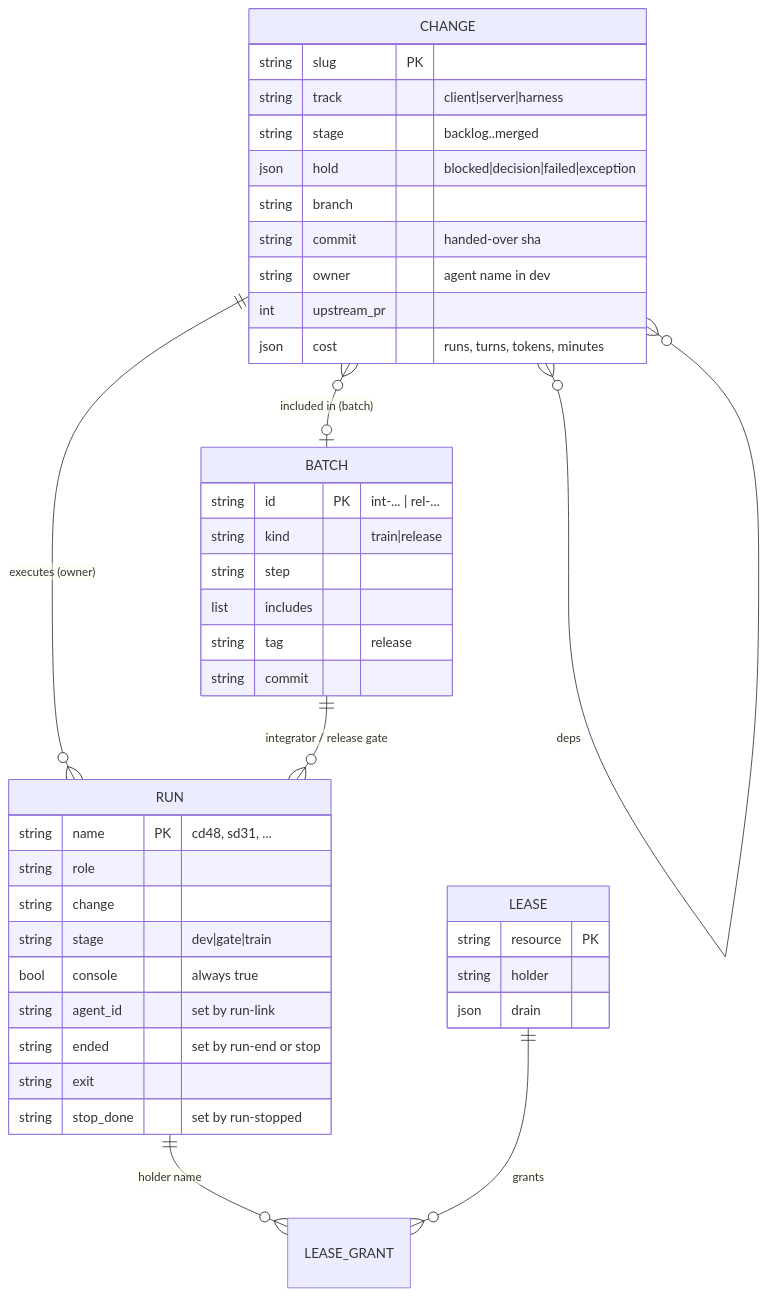
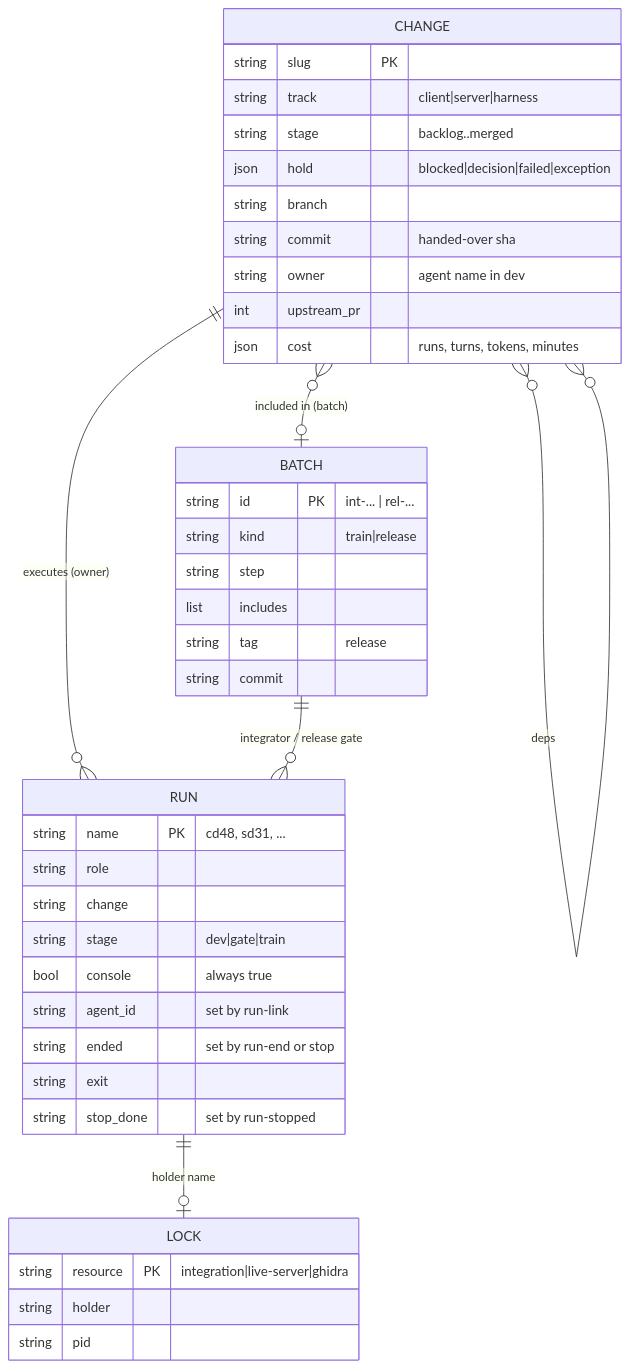
The second of 6 diagrams in docs/ARCHITECTURE.md (AlexPerrin/osrs-harness), drawn with Mermaid before and after one commit. The commit also changed other lines of this file and 15 other files, not shown here.

Commit message:
Roles, skills and docs: each agent starts its own client; locks only for integration, live-server, ghidra

````diff
--- a/docs/ARCHITECTURE.md
+++ b/docs/ARCHITECTURE.md
@@ -63,44 +63,43 @@
 ```mermaid
 erDiagram
   CHANGE ||--o{ RUN : "executes (owner)"
   CHANGE }o--o{ CHANGE : "deps"
   CHANGE }o--o| BATCH : "included in (batch)"
   BATCH ||--o{ RUN : "integrator / release gate"
-  RUN ||--o{ LEASE_GRANT : "holder name"
-  LEASE ||--o{ LEASE_GRANT : grants
+  RUN ||--o| LOCK : "holder name"
   CHANGE {
     string slug PK
     string track "client|server|harness"
     string stage "backlog..merged"
     json hold "blocked|decision|failed|exception"
     string branch
     string commit "handed-over sha"
     string owner "agent name in dev"
     int upstream_pr
     json cost "runs, turns, tokens, minutes"
   }
   RUN {
     string name PK "cd48, sd31, ..."
     string role
     string change
     string stage "dev|gate|train"
     bool console "always true"
     string agent_id "set by run-link"
     string ended "set by run-end or stop"
     string exit
     string stop_done "set by run-stopped"
   }
   BATCH {
     string id PK "int-... | rel-..."
     string kind "train|release"
     string step
     list includes
     string tag "release"
     string commit
   }
-  LEASE {
-    string resource PK
+  LOCK {
+    string resource PK "integration|live-server|ghidra"
     string holder
-    json drain
+    string pid
   }
 ```
````
